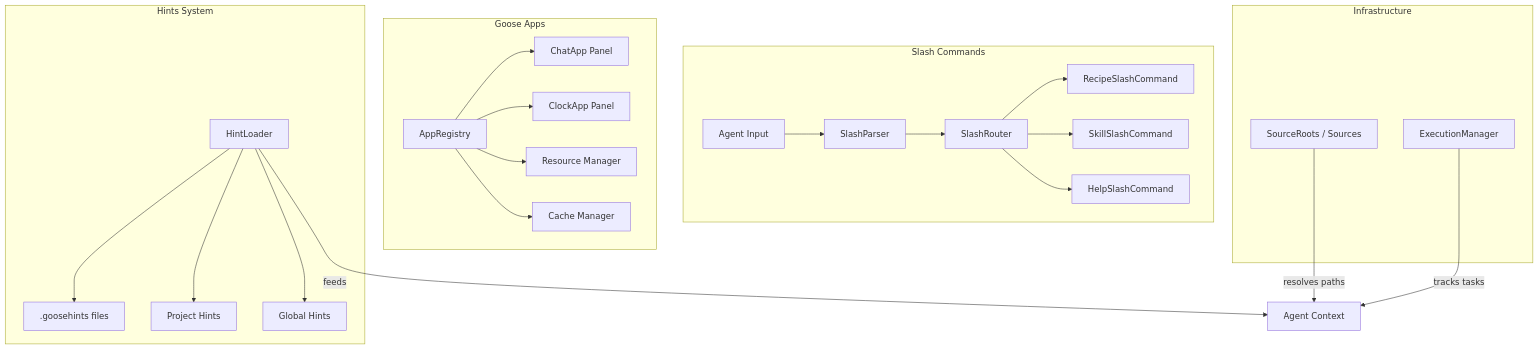
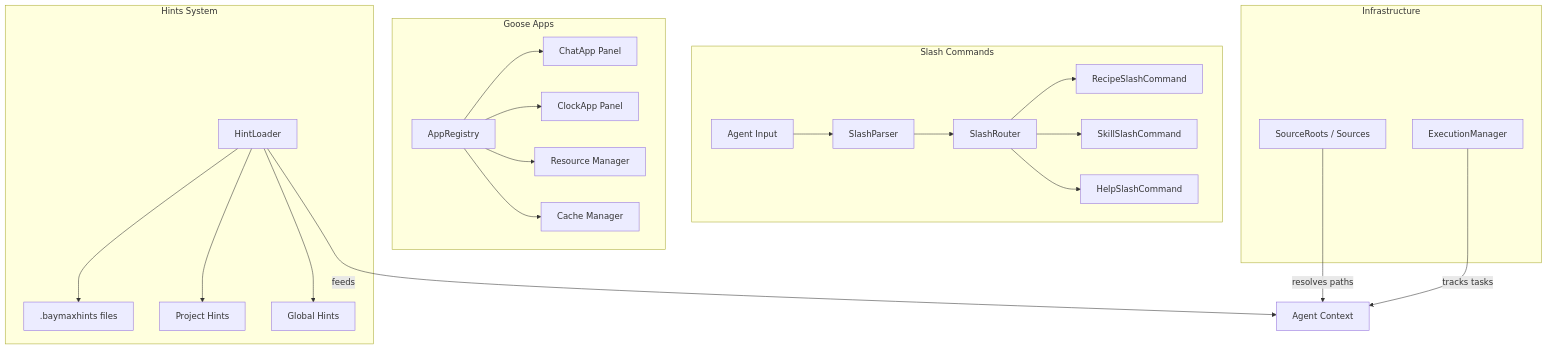
Before and after one commit to imagineerings/xor: the diagram in .agents/specs/goose-migration/developer-experience/design.md, drawn with Mermaid. The commit also changed 8 other files, not shown here.

First line of the commit message:
feat(agent): Add hints system with .baymaxhints file support

````diff
--- a/.agents/specs/goose-migration/developer-experience/design.md
+++ b/.agents/specs/goose-migration/developer-experience/design.md
@@ -16,50 +16,50 @@
 ```mermaid
 graph TD
     subgraph "Slash Commands"
         Input[Agent Input]
         Parser[SlashParser]
         Router[SlashRouter]
         RecipeCmd[RecipeSlashCommand]
         SkillCmd[SkillSlashCommand]
         HelpCmd[HelpSlashCommand]
     end
 
     subgraph "Hints System"
         HintLoader[HintLoader]
-        HintFiles[.goosehints files]
-        ProjectHint[Project Hints]
-        GlobalHint[Global Hints]
+        HintFiles[.baymaxhints files]
+                ProjectHint[Project Hints]
+                GlobalHint[Global Hints]
     end
 
     subgraph "Goose Apps"
         AppRegistry[AppRegistry]
         ChatApp[ChatApp Panel]
         ClockApp[ClockApp Panel]
         Resource[Resource Manager]
         Cache[Cache Manager]
     end
 
     subgraph "Infrastructure"
         Sources[SourceRoots / Sources]
         ExecMgr[ExecutionManager]
     end
 
     Input --> Parser
     Parser --> Router
     Router --> RecipeCmd
     Router --> SkillCmd
     Router --> HelpCmd
     
     HintLoader --> HintFiles
     HintLoader --> ProjectHint
     HintLoader --> GlobalHint
     HintLoader -->|feeds| Agent[Agent Context]
     
     AppRegistry --> ChatApp
     AppRegistry --> ClockApp
     AppRegistry --> Resource
     AppRegistry --> Cache
     
     Sources -->|resolves paths| Agent
     ExecMgr -->|tracks tasks| Agent
 ```
````
